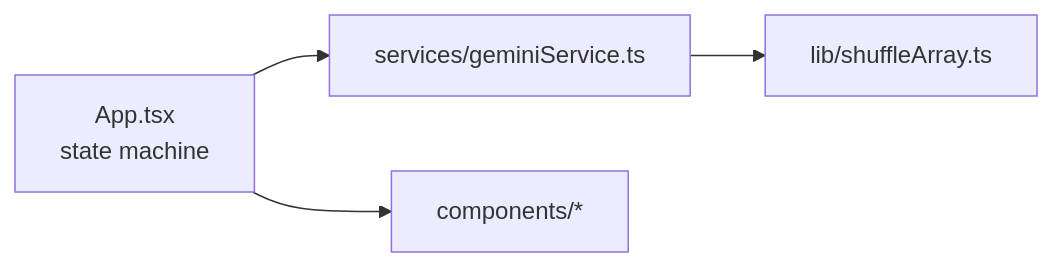
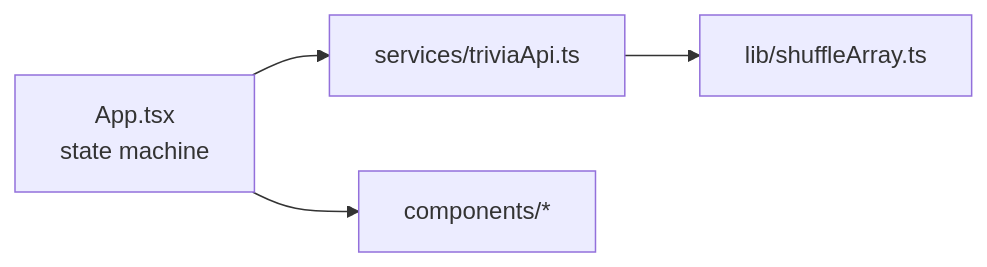
Before and after one commit to benlambm/it-trivia-challenge: the third of 5 diagrams in docs/architecture.md, drawn with Mermaid. The commit also changed other lines of this file and 7 other files, not shown here.

First line of the commit message:
Rename frontend API client to triviaApi with fetch* exports

````diff
--- a/docs/architecture.md
+++ b/docs/architecture.md
@@ -55,11 +55,11 @@
 ```mermaid
 flowchart LR
   App["App.tsx\nstate machine"]
-  GS["services/geminiService.ts"]
+  TA["services/triviaApi.ts"]
   Shuffle["lib/shuffleArray.ts"]
   UI["components/*"]
 
-  App --> GS
-  GS --> Shuffle
+  App --> TA
+  TA --> Shuffle
   App --> UI
 ```
````
